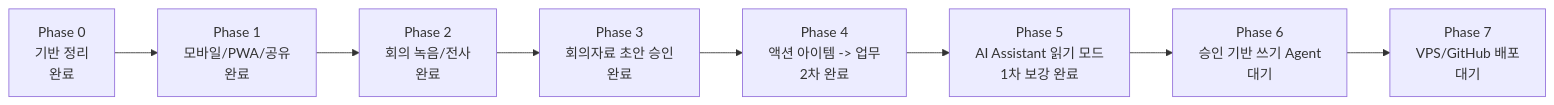
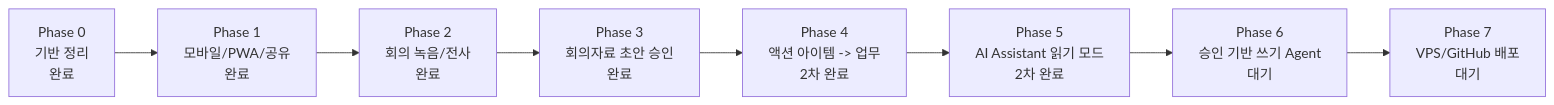
The diagram in docs/PHASE_PROGRESS.md (naral3221-dotcom/intruth.com), drawn with Mermaid before and after one commit. The commit also changed other lines of this file and 9 other files, not shown here.

````diff
--- a/docs/PHASE_PROGRESS.md
+++ b/docs/PHASE_PROGRESS.md
@@ -10,10 +10,10 @@
 ```mermaid
 flowchart LR
   P0["Phase 0\n기반 정리\n완료"] --> P1["Phase 1\n모바일/PWA/공유\n완료"]
   P1 --> P2["Phase 2\n회의 녹음/전사\n완료"]
   P2 --> P3["Phase 3\n회의자료 초안 승인\n완료"]
   P3 --> P4["Phase 4\n액션 아이템 -> 업무\n2차 완료"]
-  P4 --> P5["Phase 5\nAI Assistant 읽기 모드\n1차 보강 완료"]
+  P4 --> P5["Phase 5\nAI Assistant 읽기 모드\n2차 완료"]
   P5 --> P6["Phase 6\n승인 기반 쓰기 Agent\n대기"]
   P6 --> P7["Phase 7\nVPS/GitHub 배포\n대기"]
 ```
````
